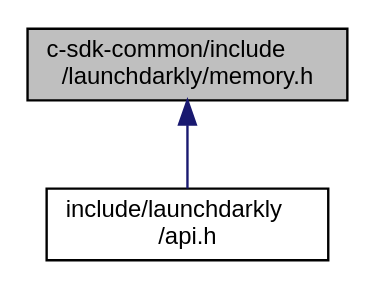
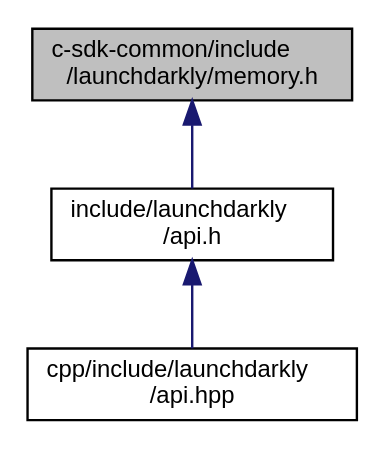
Before and after one commit to launchdarkly/c-client-sdk: the diagram in memory_8h__dep__incl.dot, drawn with Graphviz. The commit also changed 97 other files, not shown here.

```diff
--- a/memory_8h__dep__incl.dot
+++ b/memory_8h__dep__incl.dot
@@ -1,8 +1,10 @@
 digraph "c-sdk-common/include/launchdarkly/memory.h"
 {
   edge [fontname="Helvetica",fontsize="10",labelfontname="Helvetica",labelfontsize="10"];
   node [fontname="Helvetica",fontsize="10",shape=record];
   Node3 [label="c-sdk-common/include\l/launchdarkly/memory.h",height=0.2,width=0.4,color="black", fillcolor="grey75", style="filled", fontcolor="black"];
   Node3 -> Node4 [dir="back",color="midnightblue",fontsize="10",style="solid",fontname="Helvetica"];
   Node4 [label="include/launchdarkly\l/api.h",height=0.2,width=0.4,color="black", fillcolor="white", style="filled",URL="$api_8h.html",tooltip="Public API. Include this for every public operation. "];
+  Node4 -> Node5 [dir="back",color="midnightblue",fontsize="10",style="solid",fontname="Helvetica"];
+  Node5 [label="cpp/include/launchdarkly\l/api.hpp",height=0.2,width=0.4,color="black", fillcolor="white", style="filled",URL="$api_8hpp.html",tooltip="Public C++ bindings for the LaunchDarkly Client Side C/C++ SDK. "];
 }
```
